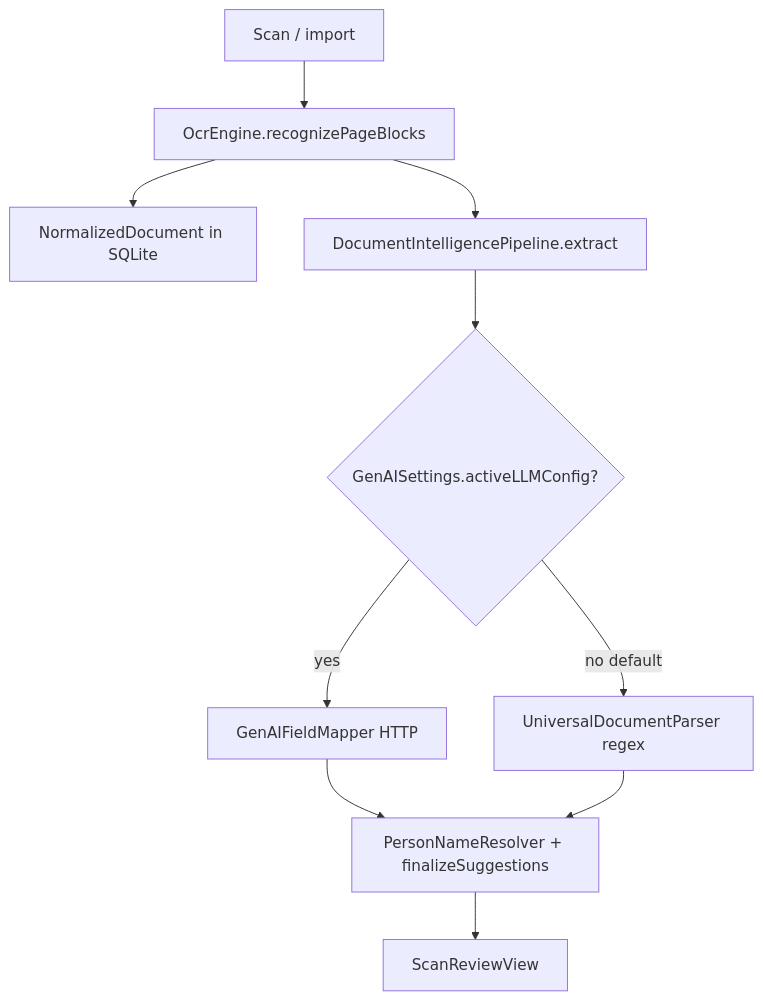
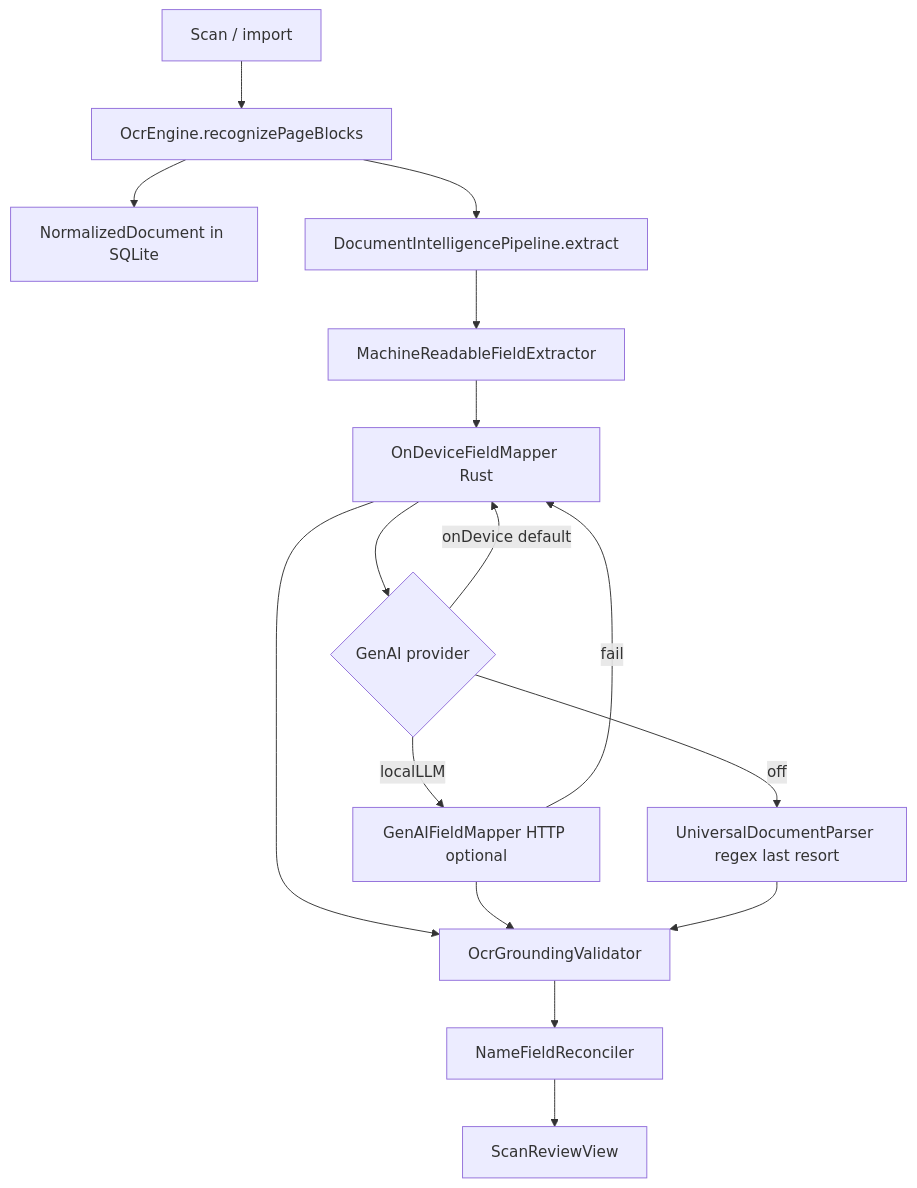
Before and after one commit to gangavhi/dream-work-reality: the diagram in docs/field-mapping-accuracy-analysis.md, drawn with Mermaid. The commit also changed other lines of this file and 28 other files, not shown here.

````diff
--- a/docs/field-mapping-accuracy-analysis.md
+++ b/docs/field-mapping-accuracy-analysis.md
@@ -25,21 +27,28 @@
 ```mermaid
 flowchart TB
   IMG[Scan / import]
   OCR[OcrEngine.recognizePageBlocks]
   NORM[NormalizedDocument in SQLite]
   PIPE[DocumentIntelligencePipeline.extract]
-  GEN{GenAISettings.activeLLMConfig?}
-  LLM[GenAIFieldMapper HTTP]
-  UNI[UniversalDocumentParser regex]
-  POST[PersonNameResolver + finalizeSuggestions]
+  MR[MachineReadableFieldExtractor]
+  ONDEV[OnDeviceFieldMapper Rust]
+  GEN{GenAI provider}
+  LLM[GenAIFieldMapper HTTP optional]
+  UNI[UniversalDocumentParser regex last resort]
+  GND[OcrGroundingValidator]
+  REC[NameFieldReconciler]
   REV[ScanReviewView]
 
   IMG --> OCR --> NORM
   OCR --> PIPE
-  PIPE --> GEN
-  GEN -->|yes| LLM
-  GEN -->|no default| UNI
-  LLM --> POST
-  UNI --> POST
-  POST --> REV
+  PIPE --> MR --> ONDEV
+  ONDEV --> GEN
+  GEN -->|onDevice default| ONDEV
+  GEN -->|localLLM| LLM
+  LLM -->|fail| ONDEV
+  GEN -->|off| UNI
+  ONDEV --> GND
+  LLM --> GND
+  UNI --> GND
+  GND --> REC --> REV
 ```
````
